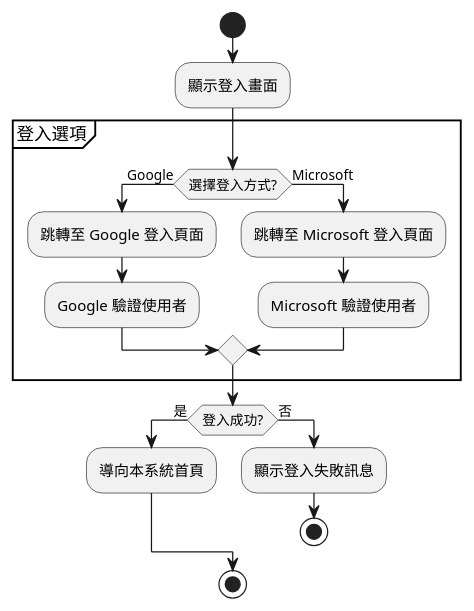
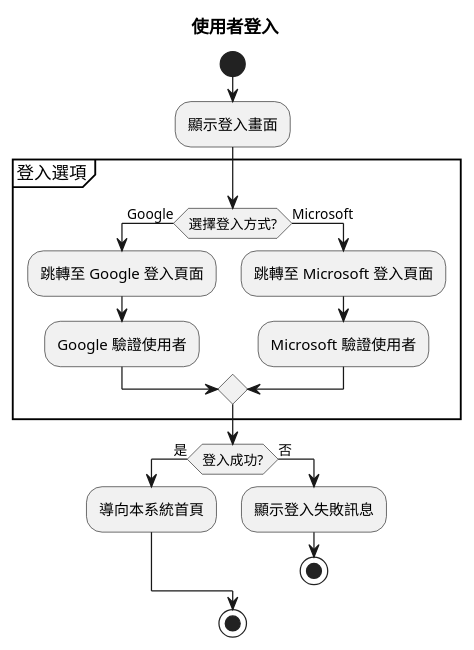
The diagram in plantUML/activity/user_log_in.puml (walle45611/NTUB_SecuManag_Diagram), drawn with PlantUML before and after one commit. The commit also changed 4 other files, not shown here.

```diff
--- a/plantUML/activity/user_log_in.puml
+++ b/plantUML/activity/user_log_in.puml
@@ -1,25 +1,25 @@
 @startuml user_login_flow
-
+title 使用者登入
 start
 
 :顯示登入畫面;
 
 partition "登入選項" {
   if (選擇登入方式?) then (Google)
     :跳轉至 Google 登入頁面;
     :Google 驗證使用者;
   else (Microsoft)
     :跳轉至 Microsoft 登入頁面;
     :Microsoft 驗證使用者;
   endif
 }
 
 if (登入成功?) then (是)
   :導向本系統首頁;
 else (否)
   :顯示登入失敗訊息;
   stop
 endif
 
 stop
 @enduml
```
